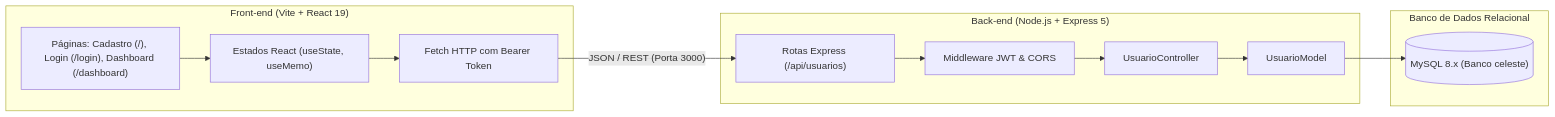
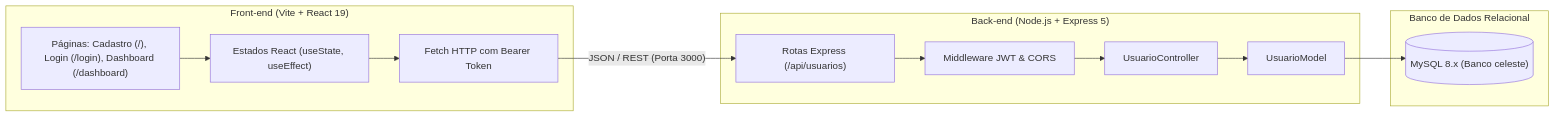
One commit to marcelologan/ms2-fullstack-template changed the first of 2 diagrams in README.md. Above: the diagram before and after it, drawn with Mermaid. The commit also changed other lines of this file and 37 other files, not shown here.

````diff
--- a/README.md
+++ b/README.md
@@ -47,24 +47,24 @@
 ```mermaid
 flowchart LR
     subgraph Frontend["Front-end (Vite + React 19)"]
         UI["Páginas: Cadastro (/), Login (/login), Dashboard (/dashboard)"]
-        State["Estados React (useState, useMemo)"]
+        State["Estados React (useState, useEffect)"]
         Fetch["Fetch HTTP com Bearer Token"]
     end
 
     subgraph Backend["Back-end (Node.js + Express 5)"]
         Router["Rotas Express (/api/usuarios)"]
         Auth["Middleware JWT & CORS"]
         Controllers["UsuarioController"]
         Models["UsuarioModel"]
     end
 
     subgraph Database["Banco de Dados Relacional"]
         MySQL[("MySQL 8.x (Banco celeste)")]
     end
 
     UI --> State --> Fetch
     Fetch -- "JSON / REST (Porta 3000)" --> Router
     Router --> Auth --> Controllers --> Models
     Models --> MySQL
 ```
````
